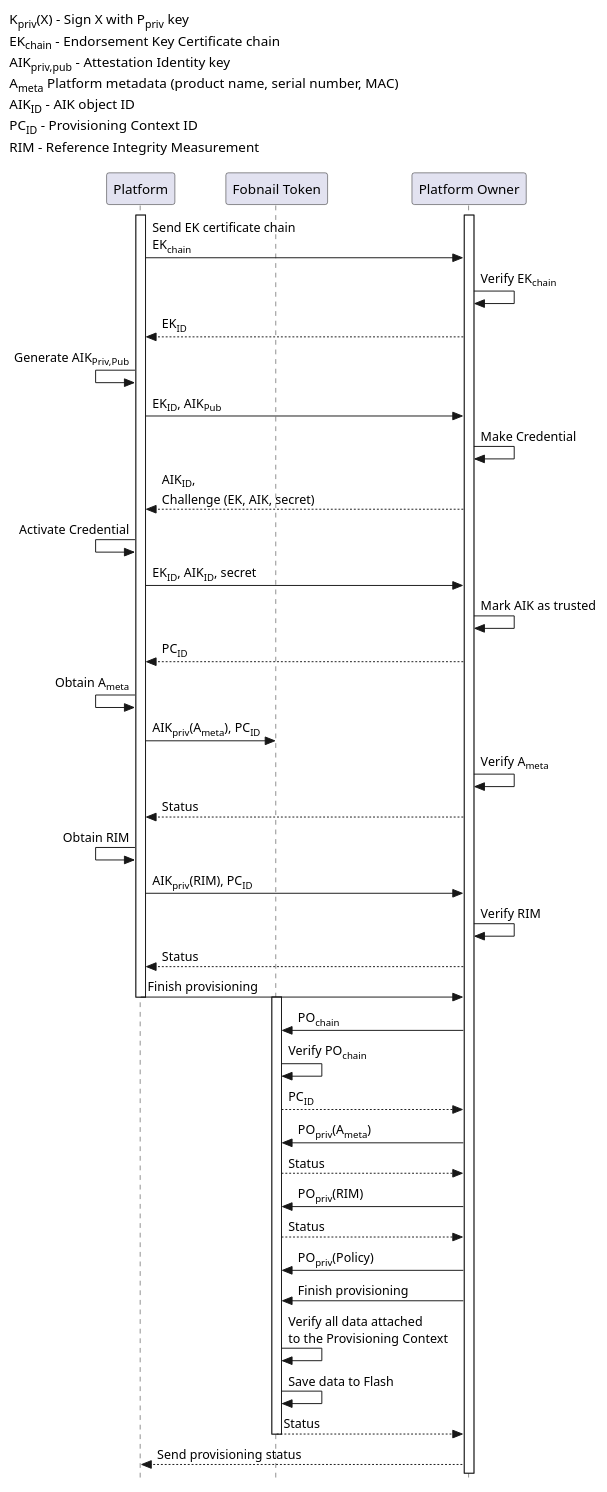
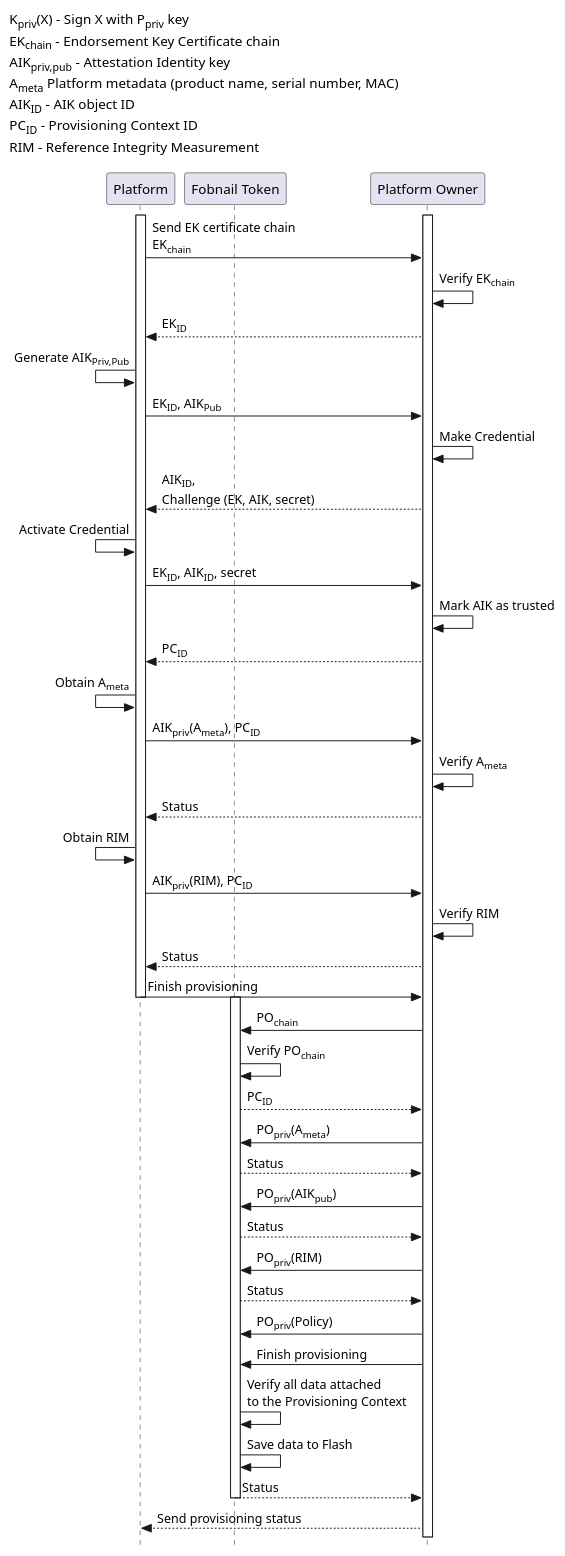
Before and after one commit to fobnail/docs: the diagram in rfcs/img/remote-platform-provisioning.puml, drawn with PlantUML. The commit also changed 1 other file, not shown here.

Commit message:
rfcs/0001-fobnail-architecture-change.md: fix remote platform provisioning diagram

```diff
--- a/rfcs/img/remote-platform-provisioning.puml
+++ b/rfcs/img/remote-platform-provisioning.puml
@@ -1,64 +1,66 @@
 @startuml Fobnail Remote Platform Provisioning
 
 skinparam LegendBorderThickness 0
 skinparam LegendBackgroundColor #white
 skinparam style strictuml
 participant "Platform"
 participant "Fobnail Token" as FT
 participant "Platform Owner" as PO
 
 legend top left
     K<sub>priv</sub>(X) - Sign X with P<sub>priv</sub> key
     EK<sub>chain</sub> - Endorsement Key Certificate chain
     AIK<sub>priv,pub</sub> - Attestation Identity key
     A<sub>meta</sub> Platform metadata (product name, serial number, MAC)
     AIK<sub>ID</sub> - AIK object ID
     PC<sub>ID</sub> - Provisioning Context ID
     RIM - Reference Integrity Measurement
 endlegend
 
 activate Platform
 activate PO
 
 Platform -> PO: Send EK certificate chain\nEK<sub>chain</sub>
 PO -> PO: Verify EK<sub>chain</sub>
 PO --> Platform: EK<sub>ID</sub>
 Platform <- Platform: Generate AIK<sub>Priv,Pub</sub>
 Platform -> PO: EK<sub>ID</sub>, AIK<sub>Pub</sub>
 PO -> PO: Make Credential
 PO --> Platform: AIK<sub>ID</sub>,\nChallenge (EK, AIK, secret)
 Platform <- Platform: Activate Credential
 Platform -> PO: EK<sub>ID</sub>, AIK<sub>ID</sub>, secret
 PO -> PO: Mark AIK as trusted
 PO --> Platform: PC<sub>ID</sub>
 Platform <- Platform: Obtain A<sub>meta</sub>
-Platform -> FT: AIK<sub>priv</sub>(A<sub>meta</sub>), PC<sub>ID</sub>
+Platform -> PO: AIK<sub>priv</sub>(A<sub>meta</sub>), PC<sub>ID</sub>
 PO -> PO: Verify A<sub>meta</sub>
 PO --> Platform: Status
 Platform <- Platform: Obtain RIM
 Platform -> PO: AIK<sub>priv</sub>(RIM), PC<sub>ID</sub>
 PO -> PO: Verify RIM
 PO --> Platform: Status
 Platform -> PO: Finish provisioning
 
 deactivate Platform
 activate FT
 
 PO -> FT: PO<sub>chain</sub>
 FT -> FT: Verify PO<sub>chain</sub>
 FT --> PO: PC<sub>ID</sub>
 PO -> FT: PO<sub>priv</sub>(A<sub>meta</sub>)
 FT --> PO: Status
+PO -> FT: PO<sub>priv</sub>(AIK<sub>pub</sub>)
+FT --> PO: Status
 PO -> FT: PO<sub>priv</sub>(RIM)
 FT --> PO: Status
 PO -> FT: PO<sub>priv</sub>(Policy)
 PO -> FT: Finish provisioning
 FT -> FT: Verify all data attached\nto the Provisioning Context
 FT -> FT: Save data to Flash
 FT --> PO: Status
 
 deactivate FT
 
 PO --> Platform: Send provisioning status
 
 @enduml
```
